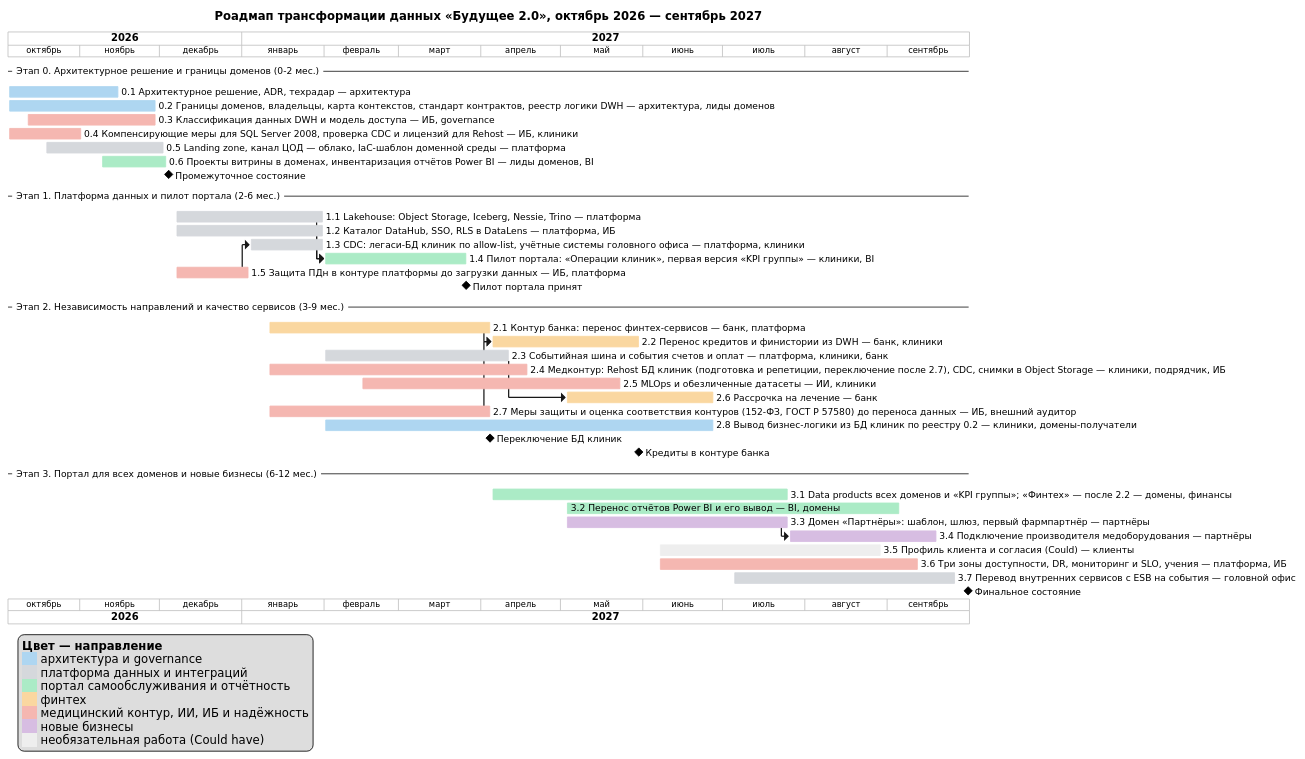
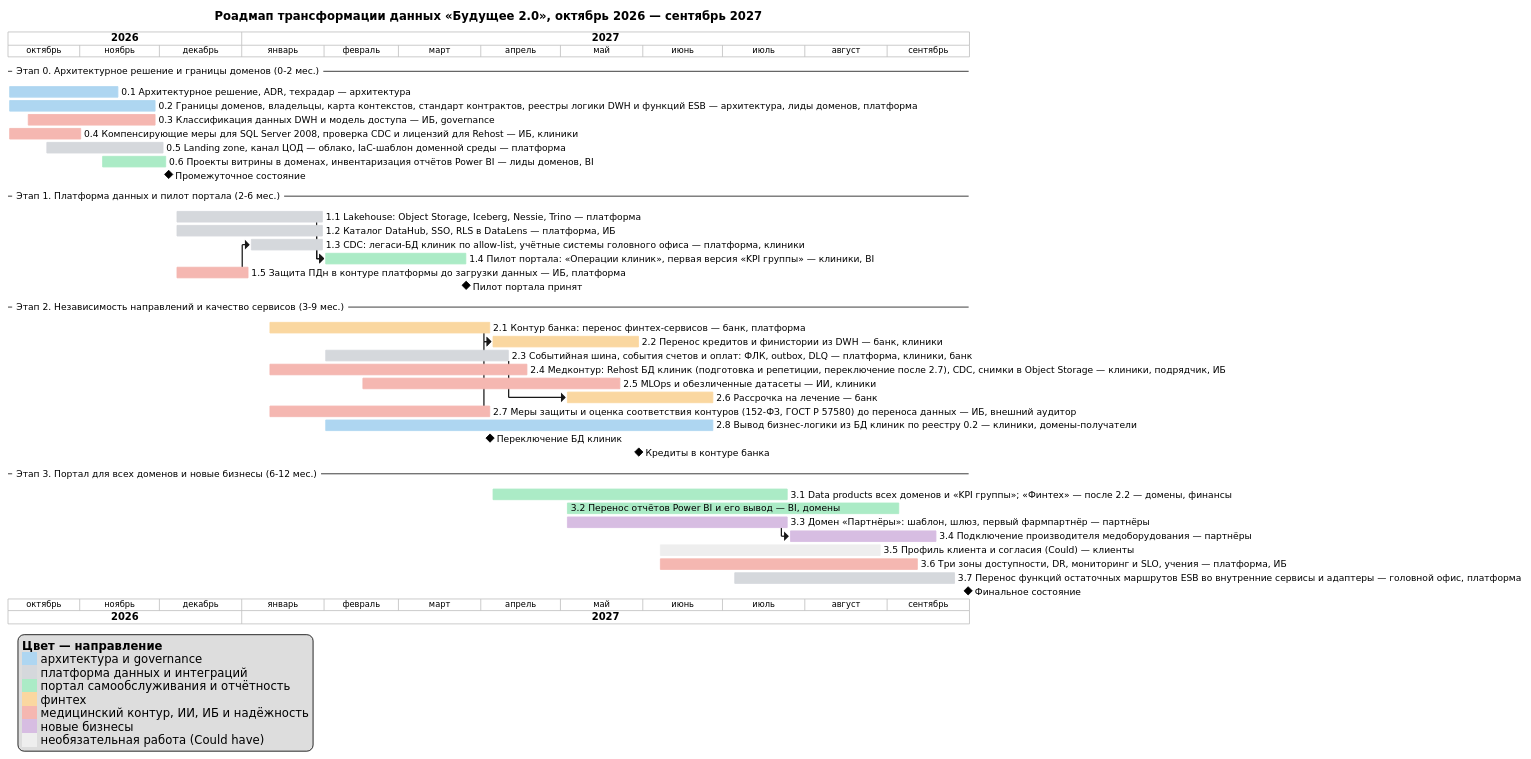
Before and after one commit to i-shulgan/architecture-future_2_0: the diagram in Task3/roadmap.puml, drawn with PlantUML. The commit also changed 5 other files, not shown here.

Commit message:
Task1, Task3: согласовать роадмап и радар с переносом функций ESB

```diff
--- a/Task3/roadmap.puml
+++ b/Task3/roadmap.puml
@@ -1,92 +1,92 @@
 @startgantt roadmap
 title Роадмап трансформации данных «Будущее 2.0», октябрь 2026 — сентябрь 2027
 
 skinparam defaultFontName "DejaVu Sans"
 language ru
 printscale monthly zoom 3
 Project starts 2026-10-05
 
 -- Этап 0. Архитектурное решение и границы доменов (0–2 мес.) --
 [0.1 Архитектурное решение, ADR, техрадар — архитектура] as [a1] starts 2026-10-05 and lasts 42 days
-[0.2 Границы доменов, владельцы, карта контекстов, стандарт контрактов, реестр логики DWH — архитектура, лиды доменов] as [a2] starts 2026-10-05 and lasts 56 days
+[0.2 Границы доменов, владельцы, карта контекстов, стандарт контрактов, реестры логики DWH и функций ESB — архитектура, лиды доменов, платформа] as [a2] starts 2026-10-05 and lasts 56 days
 [0.3 Классификация данных DWH и модель доступа — ИБ, governance] as [a3] starts 2026-10-12 and lasts 49 days
 [0.4 Компенсирующие меры для SQL Server 2008, проверка CDC и лицензий для Rehost — ИБ, клиники] as [a4] starts 2026-10-05 and lasts 28 days
 [0.5 Landing zone, канал ЦОД — облако, IaC-шаблон доменной среды — платформа] as [a5] starts 2026-10-19 and lasts 45 days
 [0.6 Проекты витрины в доменах, инвентаризация отчётов Power BI — лиды доменов, BI] as [a6] starts 2026-11-09 and lasts 25 days
 [Промежуточное состояние] happens 2026-12-04
 [a1] is colored in #aed6f1
 [a2] is colored in #aed6f1
 [a3] is colored in #f5b7b1
 [a4] is colored in #f5b7b1
 [a5] is colored in #d5d8dc
 [a6] is colored in #abebc6
 
 -- Этап 1. Платформа данных и пилот портала (2–6 мес.) --
 [1.1 Lakehouse: Object Storage, Iceberg, Nessie, Trino — платформа] as [b1] starts 2026-12-07 and lasts 56 days
 [1.2 Каталог DataHub, SSO, RLS в DataLens — платформа, ИБ] as [b2] starts 2026-12-07 and lasts 56 days
 [1.3 CDC: легаси-БД клиник по allow-list, учётные системы головного офиса — платформа, клиники] as [b3] starts 2027-01-04 and lasts 28 days
 [1.4 Пилот портала: «Операции клиник», первая версия «KPI группы» — клиники, BI] as [b4] starts 2027-02-01 and lasts 54 days
 [1.5 Защита ПДн в контуре платформы до загрузки данных — ИБ, платформа] as [b5] starts 2026-12-07 and lasts 28 days
 [Пилот портала принят] happens 2027-03-26
 [b1] -> [b4]
 [b2] -> [b4]
 [b3] -> [b4]
 [b5] -> [b3]
 [b1] is colored in #d5d8dc
 [b2] is colored in #d5d8dc
 [b3] is colored in #d5d8dc
 [b4] is colored in #abebc6
 [b5] is colored in #f5b7b1
 
 -- Этап 2. Независимость направлений и качество сервисов (3–9 мес.) --
 [2.1 Контур банка: перенос финтех-сервисов — банк, платформа] as [c1] starts 2027-01-11 and lasts 84 days
 [2.2 Перенос кредитов и финистории из DWH — банк, клиники] as [c2] starts 2027-04-05 and lasts 56 days
-[2.3 Событийная шина и события счетов и оплат — платформа, клиники, банк] as [c3] starts 2027-02-01 and lasts 70 days
+[2.3 Событийная шина, события счетов и оплат: ФЛК, outbox, DLQ — платформа, клиники, банк] as [c3] starts 2027-02-01 and lasts 70 days
 [2.4 Медконтур: Rehost БД клиник (подготовка и репетиции, переключение после 2.7), CDC, снимки в Object Storage — клиники, подрядчик, ИБ] as [c4] starts 2027-01-11 and lasts 98 days
 [2.5 MLOps и обезличенные датасеты — ИИ, клиники] as [c5] starts 2027-02-15 and lasts 98 days
 [2.6 Рассрочка на лечение — банк] as [c6] starts 2027-05-03 and lasts 56 days
 [2.7 Меры защиты и оценка соответствия контуров (152-ФЗ, ГОСТ Р 57580) до переноса данных — ИБ, внешний аудитор] as [c7] starts 2027-01-11 and lasts 84 days
 [2.8 Вывод бизнес-логики из БД клиник по реестру 0.2 — клиники, домены-получатели] as [c8] starts 2027-02-01 and lasts 147 days
 [c1] -> [c2]
 [c7] -> [c2]
 [c3] -> [c6]
 [Переключение БД клиник] happens at [c7]'s end
 [Кредиты в контуре банка] happens at [c2]'s end
 [c1] is colored in #fad7a0
 [c2] is colored in #fad7a0
 [c3] is colored in #d5d8dc
 [c4] is colored in #f5b7b1
 [c5] is colored in #f5b7b1
 [c6] is colored in #fad7a0
 [c7] is colored in #f5b7b1
 [c8] is colored in #aed6f1
 
 -- Этап 3. Портал для всех доменов и новые бизнесы (6–12 мес.) --
 [3.1 Data products всех доменов и «KPI группы»; «Финтех» — после 2.2 — домены, финансы] as [d1] starts 2027-04-05 and lasts 112 days
 [3.2 Перенос отчётов Power BI и его вывод — BI, домены] as [d2] starts 2027-05-03 and lasts 126 days
 [3.3 Домен «Партнёры»: шаблон, шлюз, первый фармпартнёр — партнёры] as [d3] starts 2027-05-03 and lasts 84 days
 [3.4 Подключение производителя медоборудования — партнёры] as [d4] starts 2027-07-26 and lasts 56 days
 [3.5 Профиль клиента и согласия (Could) — клиенты] as [d5] starts 2027-06-07 and lasts 84 days
 [3.6 Три зоны доступности, DR, мониторинг и SLO, учения — платформа, ИБ] as [d6] starts 2027-06-07 and lasts 98 days
-[3.7 Перевод внутренних сервисов с ESB на события — головной офис] as [d7] starts 2027-07-05 and lasts 84 days
+[3.7 Перенос функций остаточных маршрутов ESB во внутренние сервисы и адаптеры — головной офис, платформа] as [d7] starts 2027-07-05 and lasts 84 days
 [Финальное состояние] happens 2027-10-01
 [d3] -> [d4]
 [d1] is colored in #abebc6
 [d2] is colored in #abebc6
 [d3] is colored in #d7bde2
 [d4] is colored in #d7bde2
 [d5] is colored in #eeeeee
 [d6] is colored in #f5b7b1
 [d7] is colored in #d5d8dc
 
 legend bottom left
   <b>Цвет — направление</b>
   <back:#aed6f1>    </back> архитектура и governance
   <back:#d5d8dc>    </back> платформа данных и интеграций
   <back:#abebc6>    </back> портал самообслуживания и отчётность
   <back:#fad7a0>    </back> финтех
   <back:#f5b7b1>    </back> медицинский контур, ИИ, ИБ и надёжность
   <back:#d7bde2>    </back> новые бизнесы
   <back:#eeeeee>    </back> необязательная работа (Could have)
 endlegend
 @endgantt
```
